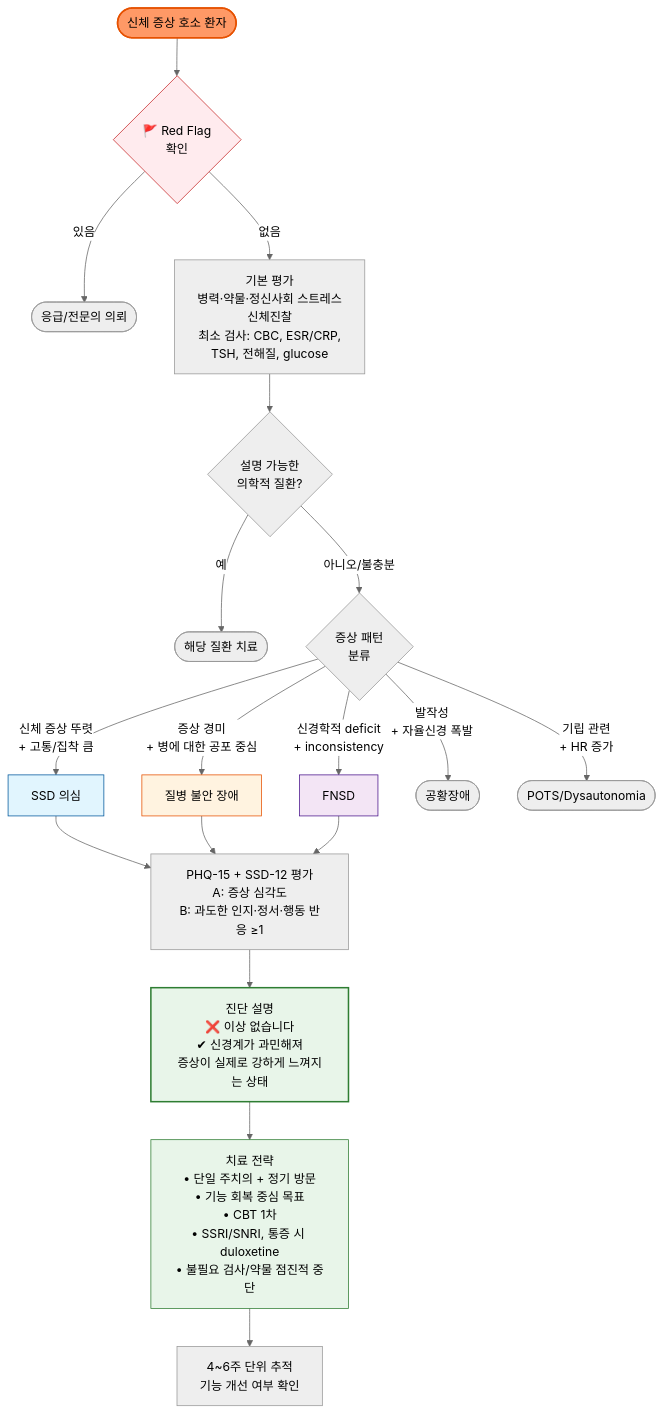
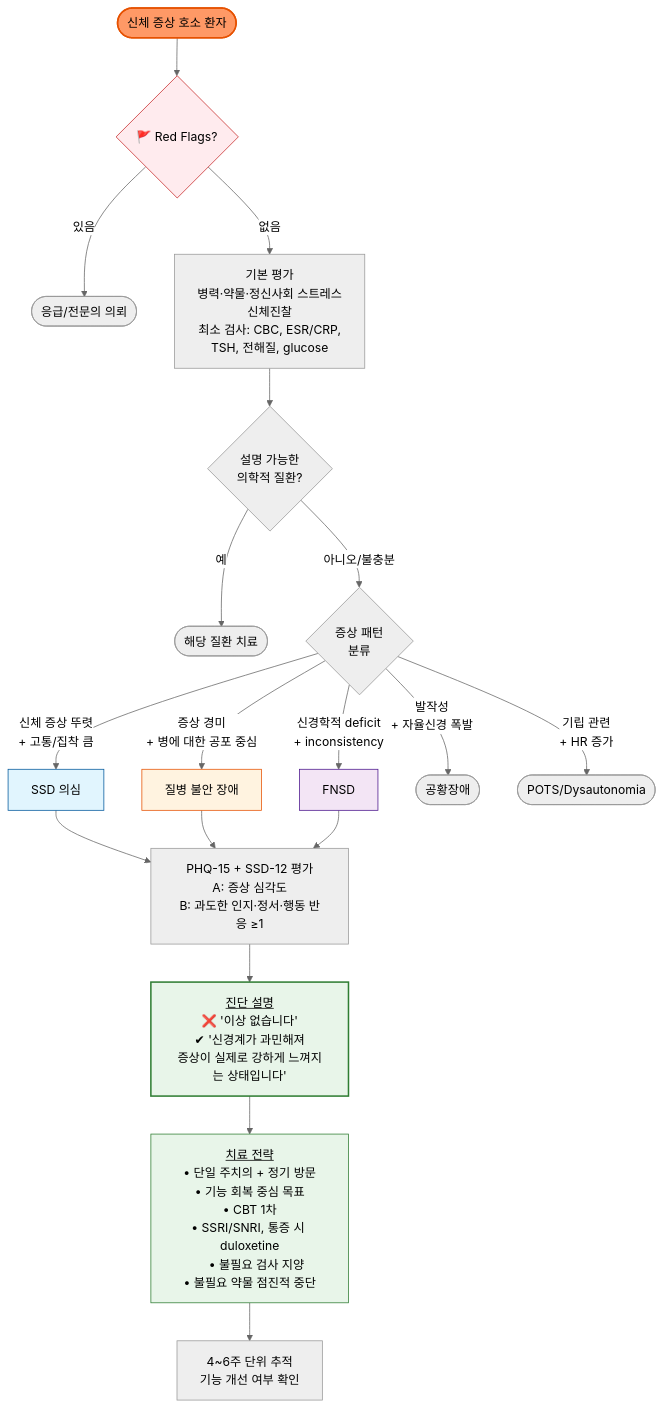
Before and after one commit to familyoh77/familyoh77: the diagram in 221_/031_-somatic-symptom-disorder.md, drawn with Mermaid (neutral theme). The commit also changed other lines of this file and 1 other file, not shown here.

````diff
--- a/221_/031_-somatic-symptom-disorder.md
+++ b/221_/031_-somatic-symptom-disorder.md
@@ -317,28 +317,29 @@
 ```mermaid
 graph TD
-    Start([신체 증상 호소 환자]) --> RedFlag{🚩 Red Flag<br/>확인}
+    Start([신체 증상 호소 환자]) --> RedFlag{🚩 Red Flags?}
     RedFlag -->|있음| Referral([응급/전문의 의뢰])
     RedFlag -->|없음| BasicEval[기본 평가<br/>병력·약물·정신사회 스트레스<br/>신체진찰<br/>최소 검사: CBC, ESR/CRP,<br/>TSH, 전해질, glucose]
     BasicEval --> Explainable{설명 가능한<br/>의학적 질환?}
     Explainable -->|예| TreatDisease([해당 질환 치료])
     Explainable -->|아니오/불충분| Pattern{증상 패턴<br/>분류}
     Pattern -->|신체 증상 뚜렷<br/>+ 고통/집착 큼| SSD[SSD 의심]
     Pattern -->|증상 경미<br/>+ 병에 대한 공포 중심| IAD[질병 불안 장애]
     Pattern -->|신경학적 deficit<br/>+ inconsistency| FNSD[FNSD]
     Pattern -->|발작성<br/>+ 자율신경 폭발| Panic([공황장애])
     Pattern -->|기립 관련<br/>+ HR 증가| POTS([POTS/Dysautonomia])
     SSD --> Screen[PHQ-15 + SSD-12 평가<br/>A: 증상 심각도<br/>B: 과도한 인지·정서·행동 반응 ≥1]
     IAD --> Screen
     FNSD --> Screen
-    Screen --> Framing[진단 설명<br/>❌ 이상 없습니다<br/>✔ 신경계가 과민해져<br/>증상이 실제로 강하게 느껴지는 상태]
-    Framing --> Treatment[치료 전략<br/>• 단일 주치의 + 정기 방문<br/>• 기능 회복 중심 목표<br/>• CBT 1차<br/>• SSRI/SNRI, 통증 시 duloxetine<br/>• 불필요 검사/약물 점진적 중단]
+    Screen --> Framing[<u>진단 설명</u><br/>❌ '이상 없습니다'<br/>✔ '신경계가 과민해져<br/>증상이 실제로 강하게 느껴지는 상태입니다']
+    Framing --> Treatment[<u>치료 전략</u><br/>• 단일 주치의 + 정기 방문<br/>• 기능 회복 중심 목표<br/>• CBT 1차<br/>• SSRI/SNRI, 통증 시 duloxetine
+    • 불필요 검사 지양<br/>• 불필요 약물 점진적 중단]
     Treatment --> FU[4~6주 단위 추적<br/>기능 개선 여부 확인]
 
     style Start fill:#f96,stroke:#e65100,stroke-width:2px
     style RedFlag fill:#ffebee,stroke:#c62828
     style SSD fill:#e1f5fe,stroke:#01579b
     style IAD fill:#fff3e0,stroke:#e65100
     style FNSD fill:#f3e5f5,stroke:#4a148c
     style Framing fill:#e8f5e9,stroke:#2e7d32,stroke-width:2px
     style Treatment fill:#e8f5e9,stroke:#2e7d32
 ```
````
